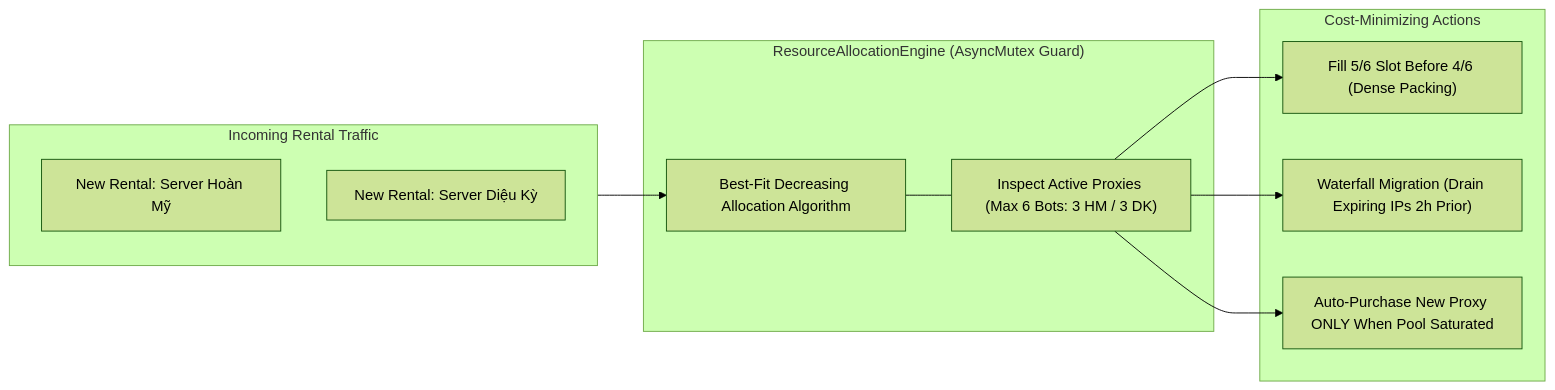
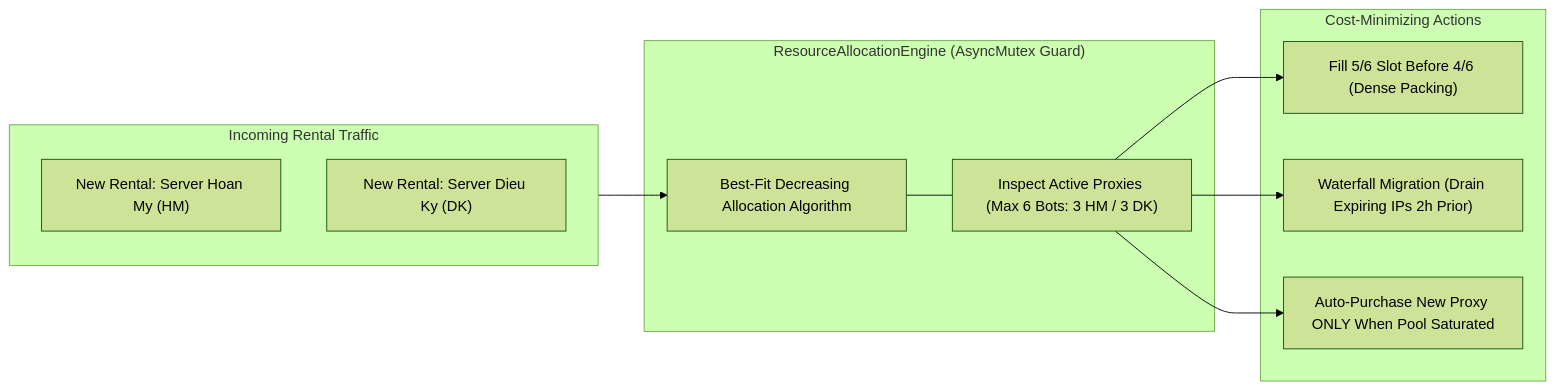
Before and after one commit to hoangfhisp/auto-server-manager-avatar2d-angleChip: the second of 3 diagrams in README.md, drawn with Mermaid (forest theme). The commit also changed other lines of this file, not shown here.

````diff
--- a/README.md
+++ b/README.md
@@ -111,23 +111,23 @@
 ```mermaid
 graph LR
     subgraph RentalRequests ["Incoming Rental Traffic"]
-        Req1["New Rental: Server Hoàn Mỹ"]
-        Req2["New Rental: Server Diệu Kỳ"]
+        Req1["New Rental: Server Hoan My (HM)"]
+        Req2["New Rental: Server Dieu Ky (DK)"]
     end
 
     subgraph AllocationEngine ["ResourceAllocationEngine (AsyncMutex Guard)"]
         Engine["Best-Fit Decreasing Allocation Algorithm"]
         Engine --- CheckPool["Inspect Active Proxies (Max 6 Bots: 3 HM / 3 DK)"]
     end
 
     subgraph ProxyActions ["Cost-Minimizing Actions"]
         FillExisting["Fill 5/6 Slot Before 4/6 (Dense Packing)"]
         Waterfall["Waterfall Migration (Drain Expiring IPs 2h Prior)"]
         OnDemand["Auto-Purchase New Proxy ONLY When Pool Saturated"]
     end
 
     RentalRequests --> Engine
     CheckPool --> FillExisting
     CheckPool --> Waterfall
     CheckPool --> OnDemand
 ```
````
